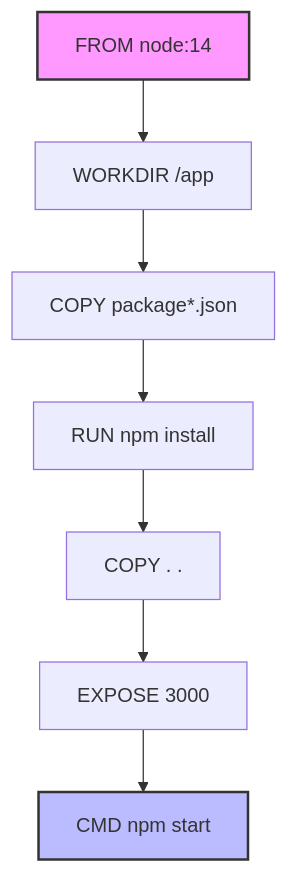
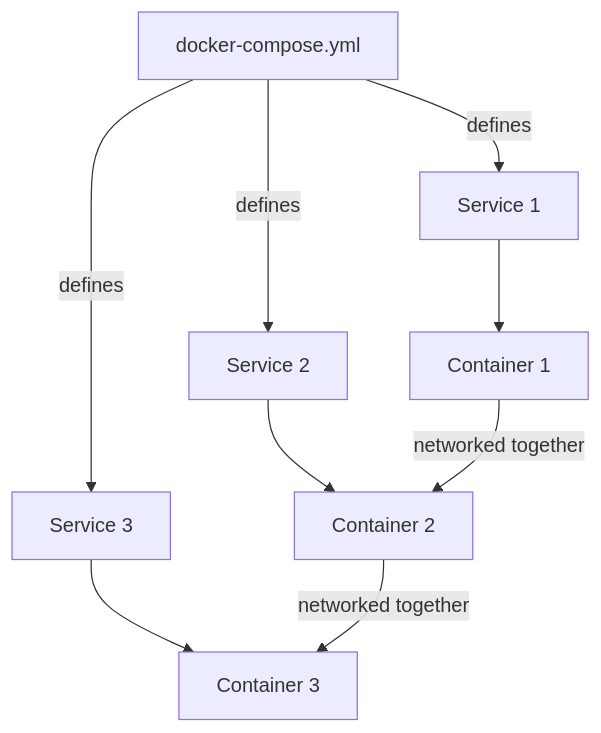
One commit to wahidyankf/oss changed the fifth of 5 diagrams in apps-standalone/ayokoding-web/content/en/learn/crash-courses/swe/stacks/infra/docker/basics.md. Above: the diagram before and after it, drawn with Mermaid. The commit also changed other lines of this file and 40 other files, not shown here.

````diff
--- a/apps-standalone/ayokoding-web/content/en/learn/crash-courses/swe/stacks/infra/docker/basics.md
+++ b/apps-standalone/ayokoding-web/content/en/learn/crash-courses/swe/stacks/infra/docker/basics.md
@@ -188,12 +419,11 @@
 ```mermaid
 graph TD
-    A[FROM node:14] --> B[WORKDIR /app]
-    B --> C[COPY package*.json]
-    C --> D[RUN npm install]
-    D --> E[COPY . .]
-    E --> F[EXPOSE 3000]
-    F --> G[CMD npm start]
-
-    style A fill:#f9f,stroke:#333,stroke-width:2px
-    style G fill:#bbf,stroke:#333,stroke-width:2px
+    A[docker-compose.yml] -->|defines| B[Service 1]
+    A -->|defines| C[Service 2]
+    A -->|defines| D[Service 3]
+    B --> E[Container 1]
+    C --> F[Container 2]
+    D --> G[Container 3]
+    E -->|networked together| F
+    F -->|networked together| G
 ```
````
